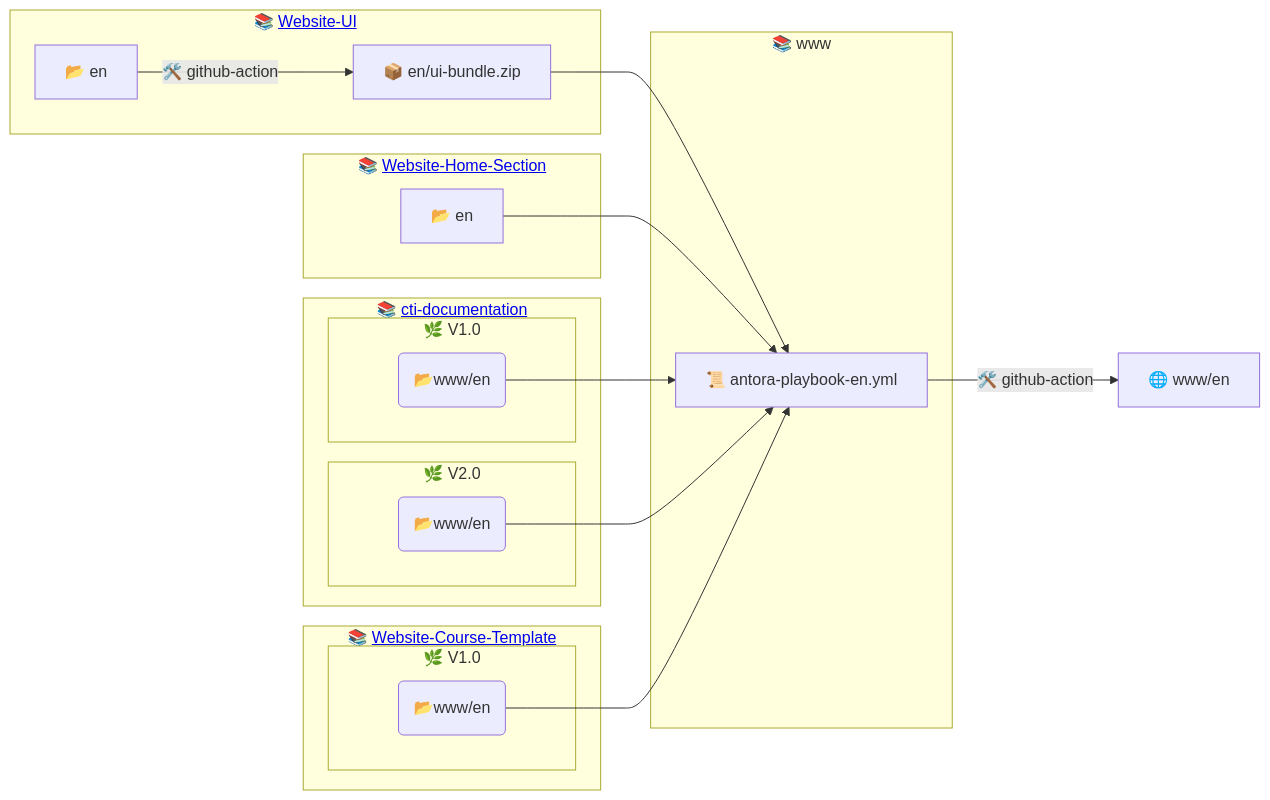
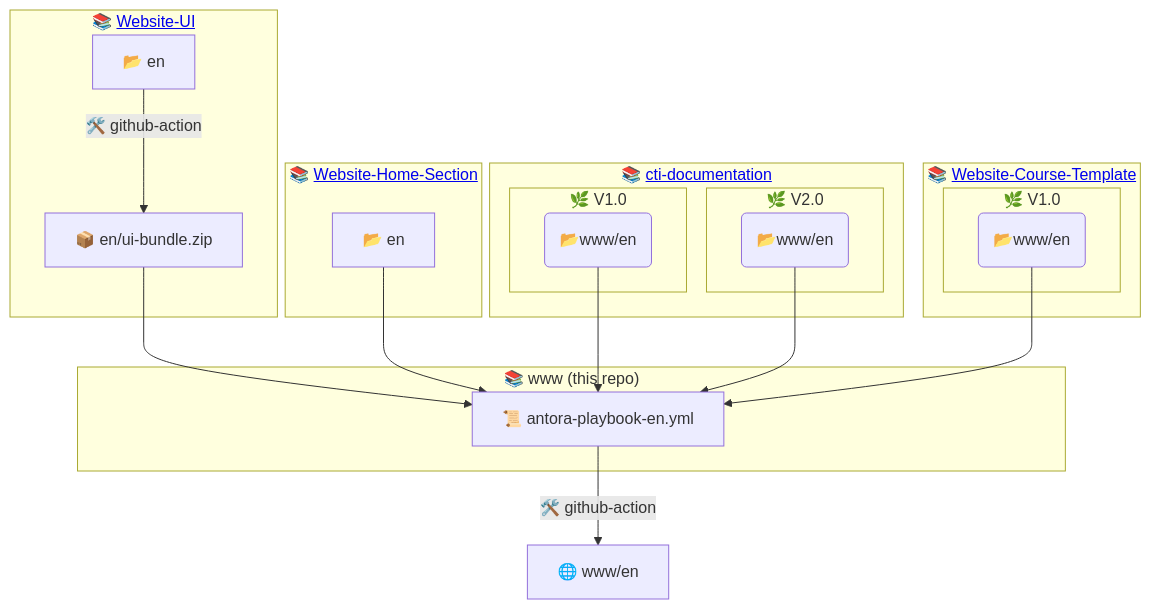
Before and after one commit to j-medland/www: the diagram in README.md, drawn with Mermaid.

Commit message:
Use Vertical diagram

````diff
--- a/README.md
+++ b/README.md
@@ -16,28 +16,28 @@
 ```mermaid
-flowchart LR
-    subgraph www["📚 www"]
+flowchart TB
+    subgraph www["`📚 www (this repo)`"]
         en-antora-playbook["📜 antora-playbook-en.yml"]
     end
     subgraph website-ui["`📚 <a href='https://github.com/LabVIEWCommunityTraining/website-ui'>Website-UI</a>`"]
         en-ui["📂 en"]-->|🛠️ github-action|en-ui-bundle
         en-ui-bundle["📦 en/ui-bundle.zip"]-->en-antora-playbook
     end
     subgraph website-home["📚 <a href='https://github.com/LabVIEWCommunityTraining/website-home-section'>Website-Home-Section</a>"]
         en-hs["📂 en"]-->en-antora-playbook
     end
     subgraph cti-docs["`📚 <a href='https://github.com/LabVIEWCommunityTraining/cti-documentation'>cti-documentation</a>`"]
         subgraph cti-docs-v1["🌿 V1.0"]
             en-conv1(📂www/en)-->en-antora-playbook
         end
         subgraph cti-docs-v2["🌿 V2.0"]
             en-conv2(📂www/en)-->en-antora-playbook
         end
     end
     subgraph website-template["`📚 <a href='https://github.com/LabVIEWCommunityTraining/website-course-template'>Website-Course-Template</a>`"]
         subgraph wt-v1["🌿 V1.0"]
             en-templatev1(📂www/en)-->en-antora-playbook
         end
     end
     en-output["🌐 www/en"]
     en-antora-playbook-->|🛠️ github-action|en-output
 ```
````
